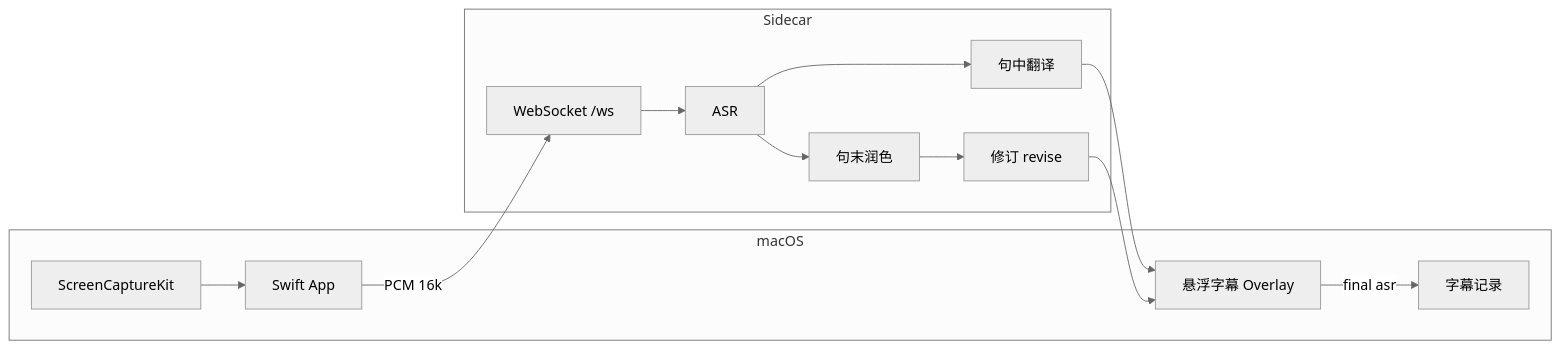
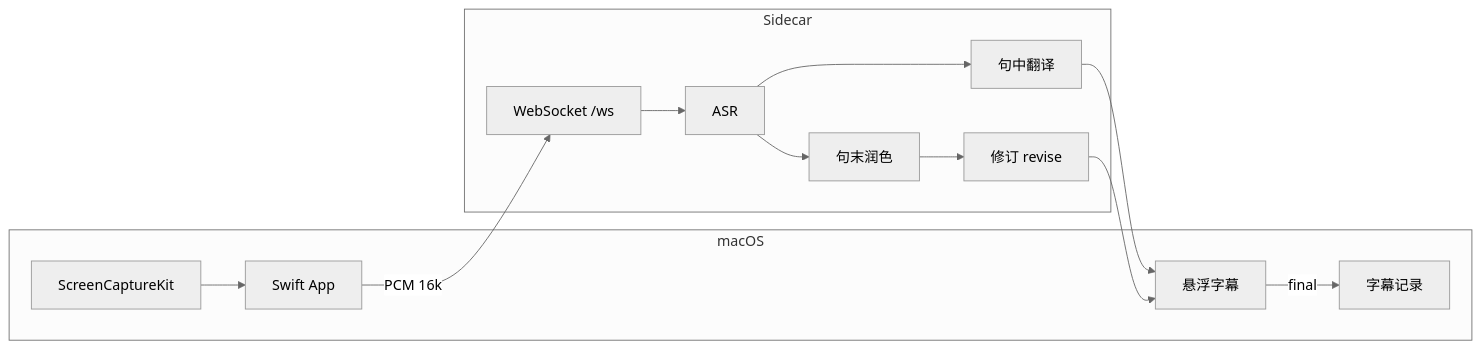
Before and after one commit to PPBrook/VoiceBridgeAI: the diagram in docs/architecture.md, drawn with Mermaid (neutral theme). The commit also changed other lines of this file and 6 other files, not shown here.

````diff
--- a/docs/architecture.md
+++ b/docs/architecture.md
@@ -5,25 +5,25 @@
 ```mermaid
 flowchart LR
   subgraph macOS
     SC[ScreenCaptureKit]
     App[Swift App]
-    OV[悬浮字幕 Overlay]
+    OV[悬浮字幕]
     TR[字幕记录]
   end
   subgraph Sidecar
     WS[WebSocket /ws]
     ASR[ASR]
     PT[句中翻译]
     FT[句末润色]
     RV[修订 revise]
   end
   SC --> App
   App -->|PCM 16k| WS
   WS --> ASR
   ASR --> PT
   PT --> OV
   ASR --> FT
   FT --> RV
   RV --> OV
-  OV -->|final asr| TR
+  OV -->|final| TR
 ```
````
